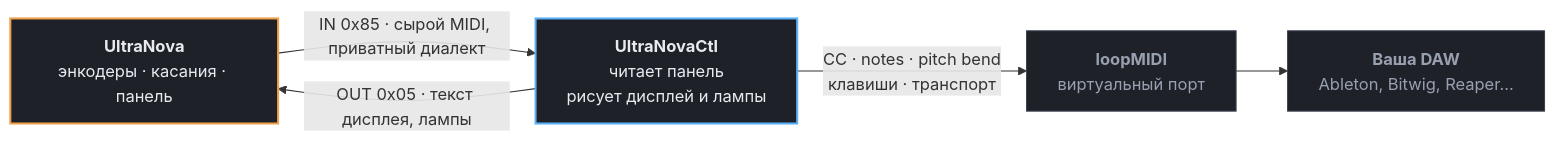
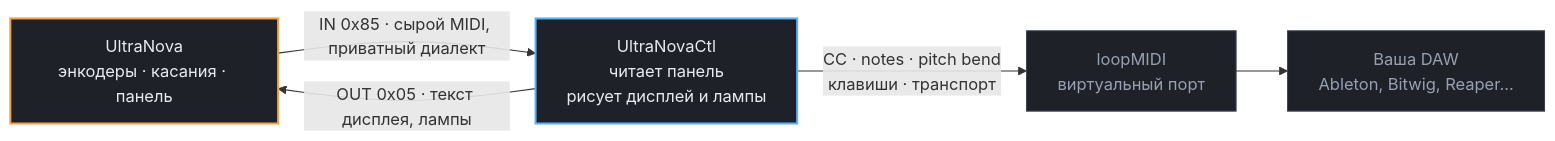
The first of 3 diagrams in README.ru.md (Alex-Electron/UltraNovaCtl), drawn with Mermaid before and after one commit. The commit also changed other lines of this file and 1 other file, not shown here.

Commit message:
README: drop HTML tags from mermaid labels - GitHub renders with htmlLabels off

````diff
--- a/README.ru.md
+++ b/README.ru.md
@@ -47,19 +47,19 @@
 ```mermaid
 flowchart LR
-    S["<b>UltraNova</b><br/>энкодеры · касания · панель"]
-    A["<b>UltraNovaCtl</b><br/>читает панель<br/>рисует дисплей и лампы"]
-    V["<b>loopMIDI</b><br/>виртуальный порт"]
-    D["<b>Ваша DAW</b><br/>Ableton, Bitwig, Reaper…"]
+    S["UltraNova<br/>энкодеры · касания · панель"]
+    A["UltraNovaCtl<br/>читает панель<br/>рисует дисплей и лампы"]
+    V["loopMIDI<br/>виртуальный порт"]
+    D["Ваша DAW<br/>Ableton, Bitwig, Reaper…"]
 
     S -- "IN 0x85 · сырой MIDI, приватный диалект" --> A
     A -- "OUT 0x05 · текст дисплея, лампы" --> S
     A -- "CC · notes · pitch bend<br/>клавиши · транспорт" --> V
     V --> D
 
     classDef synth fill:#1e2128,stroke:#f0a04b,stroke-width:2px,color:#e8eaf0
     classDef app   fill:#1e2128,stroke:#59b0f6,stroke-width:2px,color:#e8eaf0
     classDef plain fill:#1e2128,stroke:#3a4050,color:#98a0b0
     class S synth
     class A app
     class V,D plain
 ```
````
